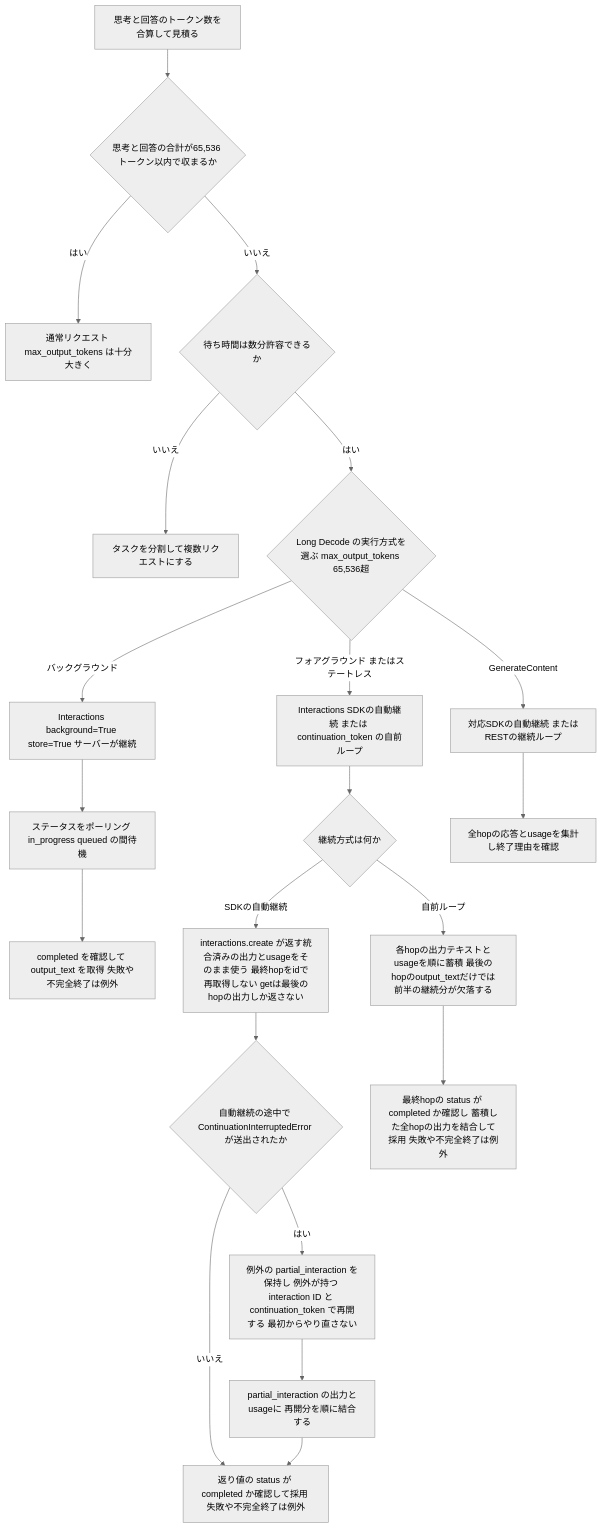
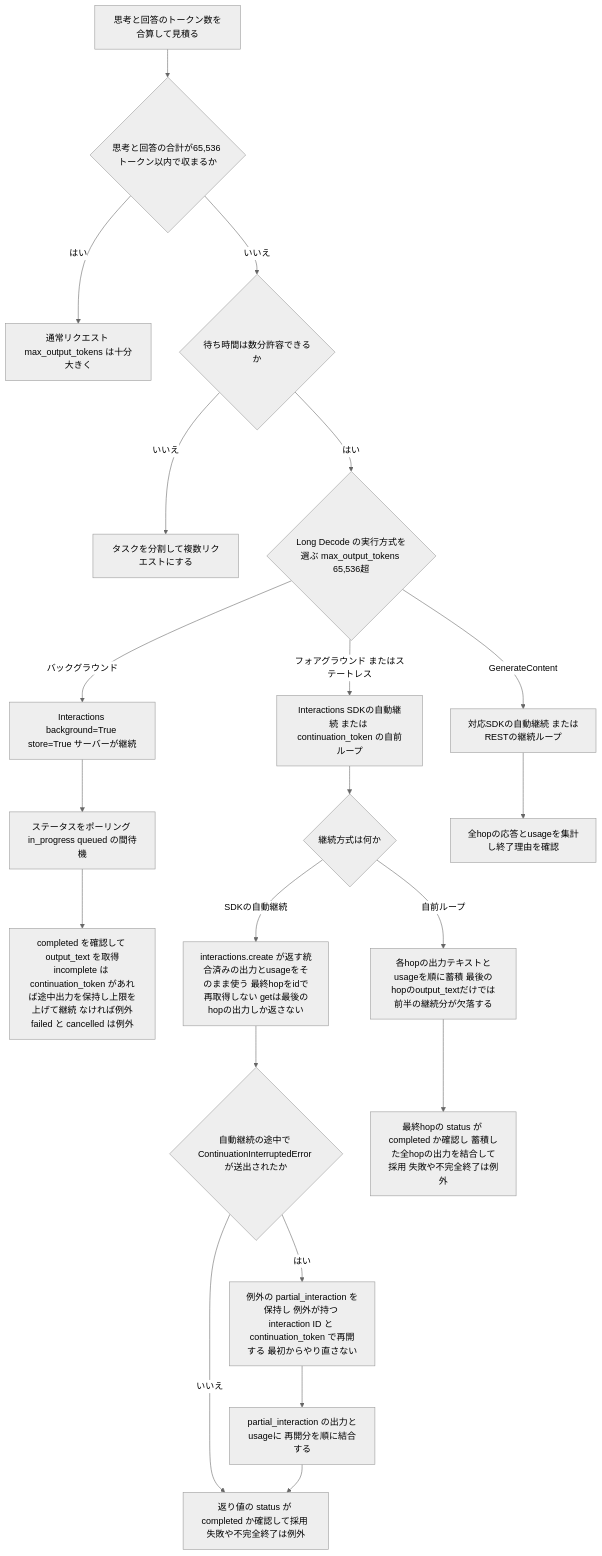
Before and after one commit to myoshi2891/Comparison-of-LLMs: the fifth of 10 diagrams in Gemini-4-hydrogen-guide.md, drawn with Mermaid (neutral theme). The commit also changed other lines of this file and 3 other files, not shown here.

````diff
--- a/Gemini-4-hydrogen-guide.md
+++ b/Gemini-4-hydrogen-guide.md
@@ -310,23 +310,23 @@
 ```mermaid
 flowchart TD
     A["思考と回答のトークン数を合算して見積る"] --> B{"思考と回答の合計が65,536 トークン以内で収まるか"}
     B -- "はい" --> C["通常リクエスト max_output_tokens は十分大きく"]
     B -- "いいえ" --> D{"待ち時間は数分許容できるか"}
     D -- "いいえ" --> E["タスクを分割して複数リクエストにする"]
     D -- "はい" --> MODE{"Long Decode の実行方式を選ぶ max_output_tokens 65,536超"}
     MODE -- "バックグラウンド" --> F["Interactions background=True store=True サーバーが継続"]
     MODE -- "フォアグラウンド またはステートレス" --> FG["Interactions SDKの自動継続 または continuation_token の自前ループ"]
     MODE -- "GenerateContent" --> GC["対応SDKの自動継続 またはRESTの継続ループ"]
     F --> G["ステータスをポーリング in_progress queued の間待機"]
-    G --> H["completed を確認して output_text を取得 失敗や不完全終了は例外"]
+    G --> H["completed を確認して output_text を取得<br/>incomplete は continuation_token があれば途中出力を保持し上限を上げて継続 なければ例外<br/>failed と cancelled は例外"]
     FG --> FGM{"継続方式は何か"}
     FGM -- "SDKの自動継続" --> AUTO["interactions.create が返す統合済みの出力とusageをそのまま使う 最終hopをidで再取得しない getは最後のhopの出力しか返さない"]
     AUTO --> AINT{"自動継続の途中で ContinuationInterruptedError が送出されたか"}
     AINT -- "いいえ" --> AUTOD["返り値の status が completed か確認して採用 失敗や不完全終了は例外"]
     AINT -- "はい" --> ARES["例外の partial_interaction を保持し 例外が持つ interaction ID と continuation_token で再開する 最初からやり直さない"]
     ARES --> AJOIN["partial_interaction の出力とusageに 再開分を順に結合する"]
     AJOIN --> AUTOD
     FGM -- "自前ループ" --> ACC["各hopの出力テキストとusageを順に蓄積 最後のhopのoutput_textだけでは前半の継続分が欠落する"]
     ACC --> FGD["最終hopの status が completed か確認し 蓄積した全hopの出力を結合して採用 失敗や不完全終了は例外"]
     GC --> RESULT["全hopの応答とusageを集計し終了理由を確認"]
 ```
````
